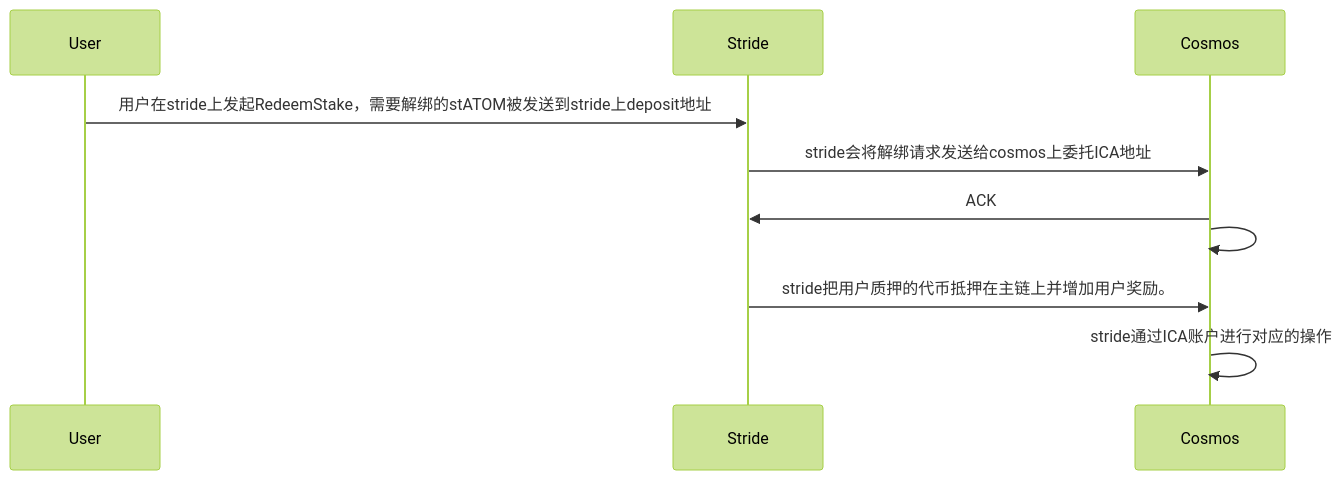
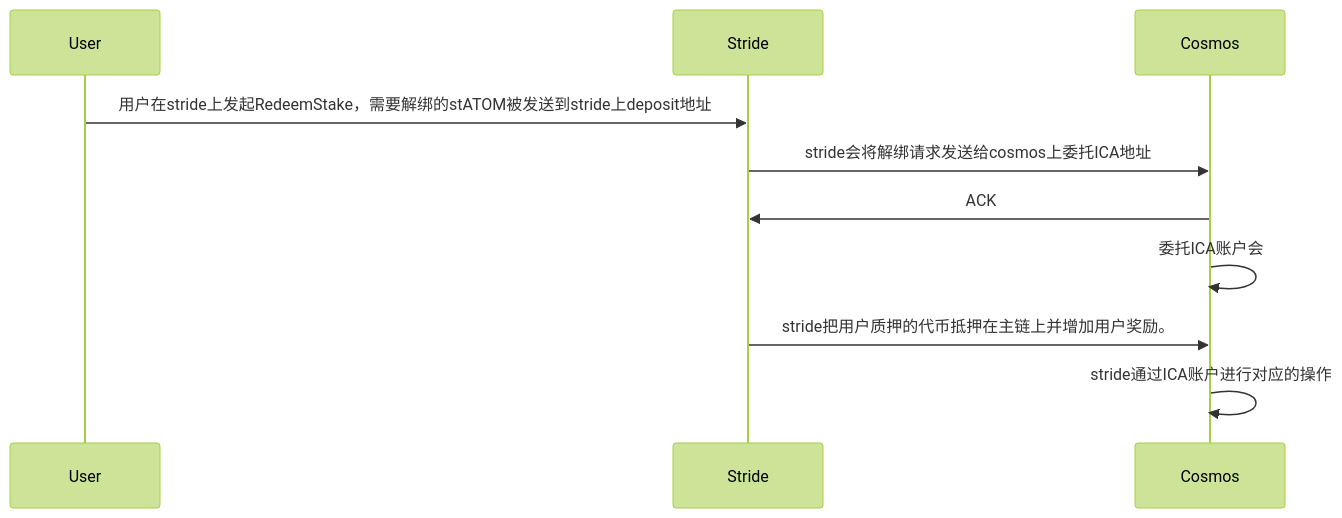
Before and after one commit to yingjianzh/iodraw-files: the diagram in all/unbonding.md, drawn with Mermaid (forest theme).

Commit message:
2024-03-28 15:14:04 update

````diff
--- a/all/unbonding.md
+++ b/all/unbonding.md
@@ -1,9 +1,9 @@
 ```mermaid
 sequenceDiagram
     User->>Stride: 用户在stride上发起RedeemStake，需要解绑的stATOM被发送到stride上deposit地址
     Stride->>Cosmos: stride会将解绑请求发送给cosmos上委托ICA地址
     Cosmos->>Stride: ACK
-    Cosmos->>Cosmos: 
+    Cosmos->>Cosmos: 委托ICA账户会
     Stride->>Cosmos: stride把用户质押的代币抵押在主链上并增加用户奖励。
     Cosmos->>Cosmos: stride通过ICA账户进行对应的操作
 ```
````
